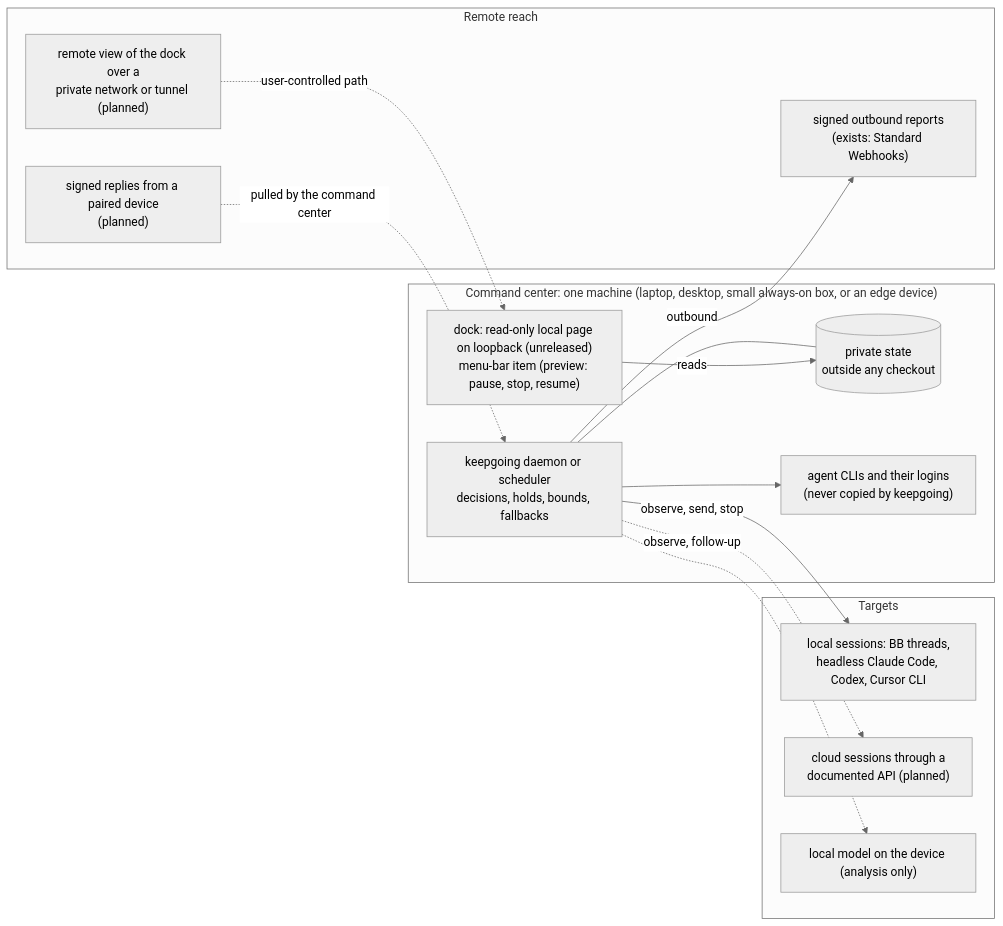
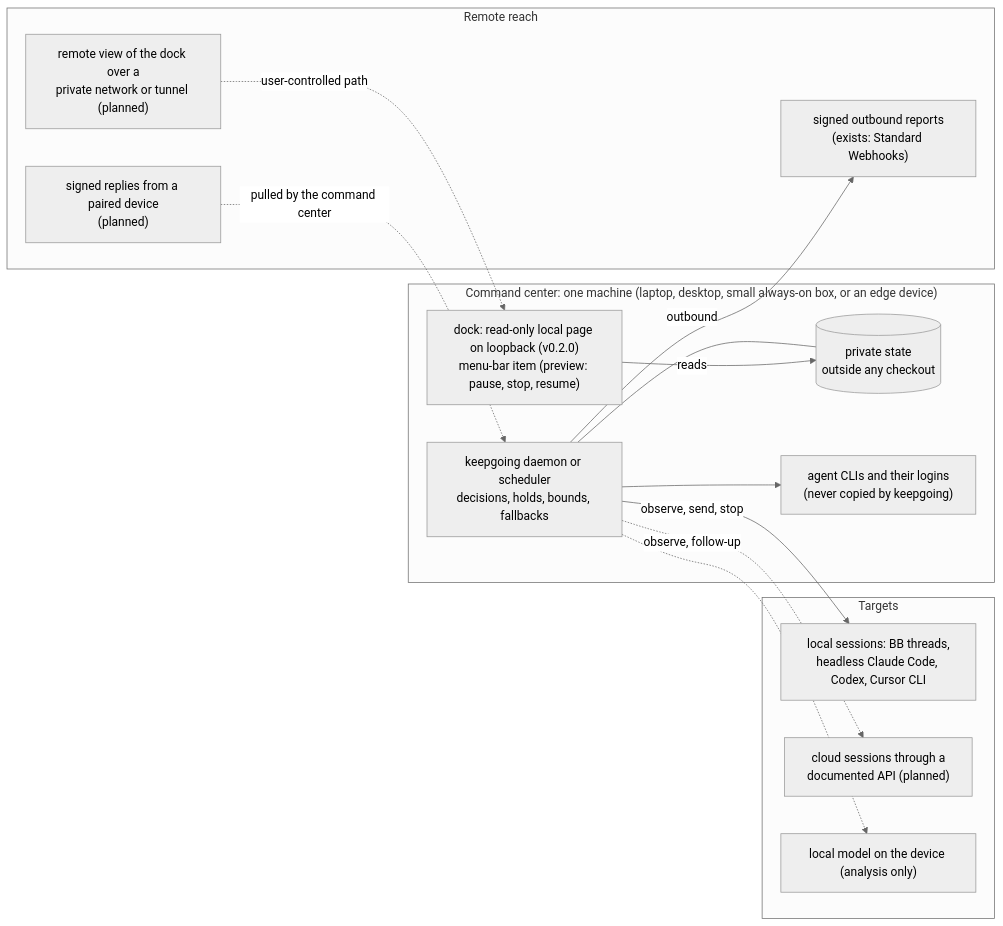
Before and after one commit to connorburgess/keepgoing-agents: the diagram in docs/command-center.md, drawn with Mermaid (neutral theme). The commit also changed other lines of this file and 23 other files, not shown here.

Commit message:
docs: record the v0.2.0 release and stop calling its features unreleased

````diff
--- a/docs/command-center.md
+++ b/docs/command-center.md
@@ -13,28 +13,28 @@
 ```mermaid
 flowchart LR
   subgraph CC["Command center: one machine (laptop, desktop, small always-on box, or an edge device)"]
     KG["keepgoing daemon or scheduler<br/>decisions, holds, bounds, fallbacks"]
     ST[("private state<br/>outside any checkout")]
     LOGIN["agent CLIs and their logins<br/>(never copied by keepgoing)"]
-    DOCK["dock: read-only local page on loopback (unreleased)<br/>menu-bar item (preview: pause, stop, resume)"]
+    DOCK["dock: read-only local page on loopback (v0.2.0)<br/>menu-bar item (preview: pause, stop, resume)"]
     KG --- ST
     KG --> LOGIN
     DOCK -->|reads| ST
   end
   subgraph T["Targets"]
     LOCAL["local sessions: BB threads,<br/>headless Claude Code, Codex, Cursor CLI"]
     CLOUD["cloud sessions through a<br/>documented API (planned)"]
     LM["local model on the device (analysis only)"]
   end
   KG -->|observe, send, stop| LOCAL
   KG -.->|observe, follow-up| CLOUD
   KG -.-> LM
   subgraph R["Remote reach"]
     REP["signed outbound reports<br/>(exists: Standard Webhooks)"]
     VIEW["remote view of the dock over a<br/>private network or tunnel (planned)"]
     REPLY["signed replies from a paired device<br/>(planned)"]
   end
   KG -->|outbound| REP
   VIEW -.->|user-controlled path| DOCK
   REPLY -.->|pulled by the command center| KG
 ```
````
